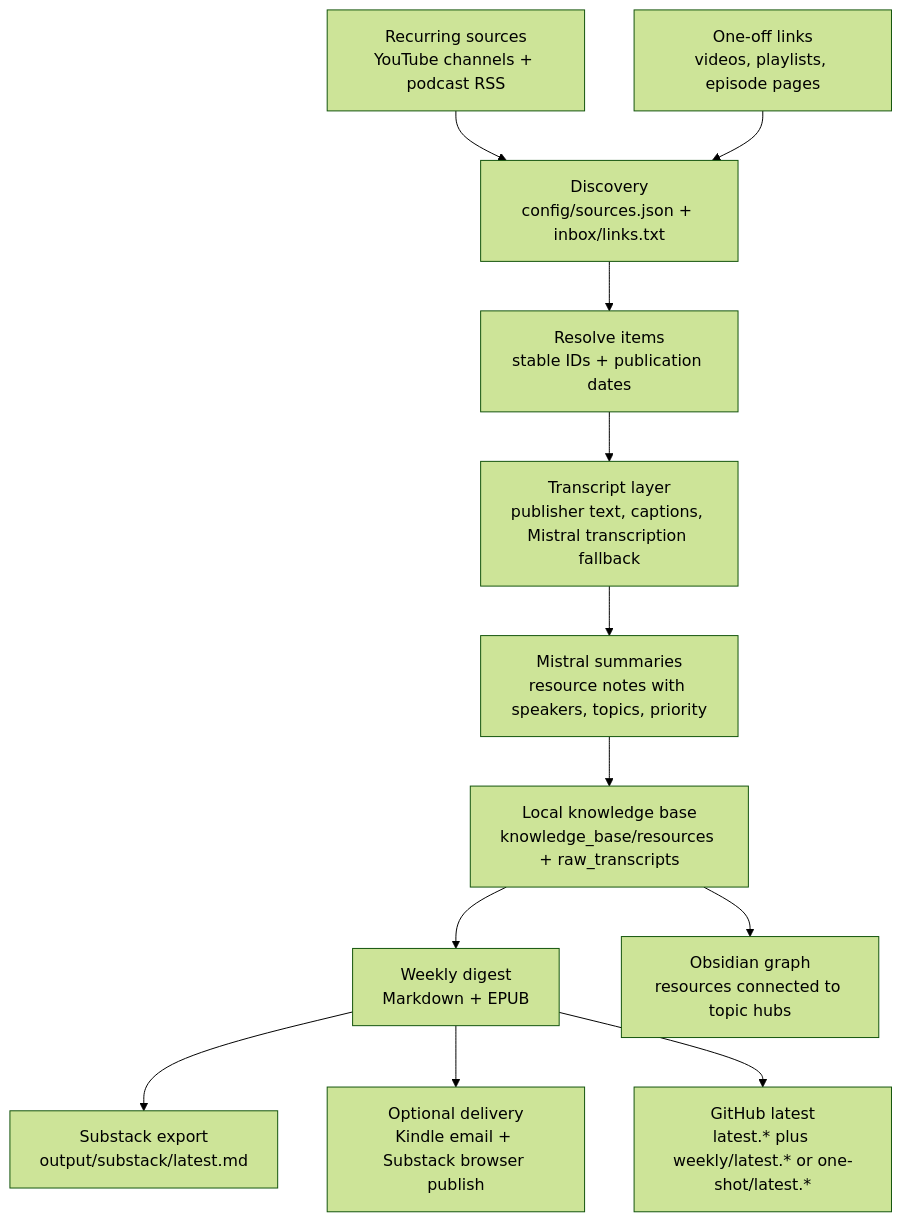
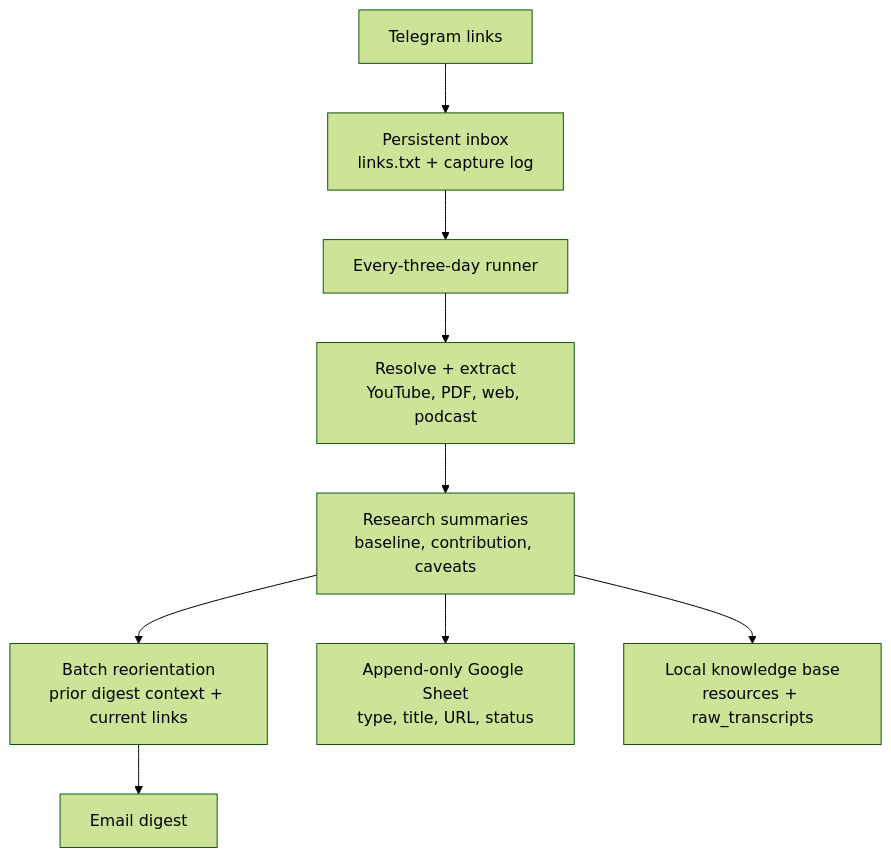
One commit to Vedant2100/ai-weekly-reads changed the diagram in README.md. Above: the diagram before and after it, drawn with Mermaid (forest theme). The commit also changed other lines of this file and 22 other files, not shown here.

Commit message:
Add research reorientation email pipeline

````diff
--- a/README.md
+++ b/README.md
@@ -59,14 +60,11 @@
 ```mermaid
 flowchart TD
-    A["Recurring sources\nYouTube channels + podcast RSS"] --> C["Discovery\nconfig/sources.json + inbox/links.txt"]
-    B["One-off links\nvideos, playlists, episode pages"] --> C
-    C --> D["Resolve items\nstable IDs + publication dates"]
-    D --> E["Transcript layer\npublisher text, captions, Mistral transcription fallback"]
-    E --> F["Mistral summaries\nresource notes with speakers, topics, priority"]
-    F --> G["Local knowledge base\nknowledge_base/resources + raw_transcripts"]
-    G --> H["Weekly digest\nMarkdown + EPUB"]
-    H --> I["Substack export\noutput/substack/latest.md"]
-    H --> J["Optional delivery\nKindle email + Substack browser publish"]
-    H --> K["GitHub latest\nlatest.* plus weekly/latest.* or one-shot/latest.*"]
-    G --> L["Obsidian graph\nresources connected to topic hubs"]
+    A["Telegram links"] --> C["Persistent inbox\nlinks.txt + capture log"]
+    C --> D["Every-three-day runner"]
+    D --> E["Resolve + extract\nYouTube, PDF, web, podcast"]
+    E --> F["Research summaries\nbaseline, contribution, caveats"]
+    F --> G["Batch reorientation\nprior digest context + current links"]
+    G --> H["Email digest"]
+    F --> I["Append-only Google Sheet\ntype, title, URL, status"]
+    F --> J["Local knowledge base\nresources + raw_transcripts"]
 ```
````
